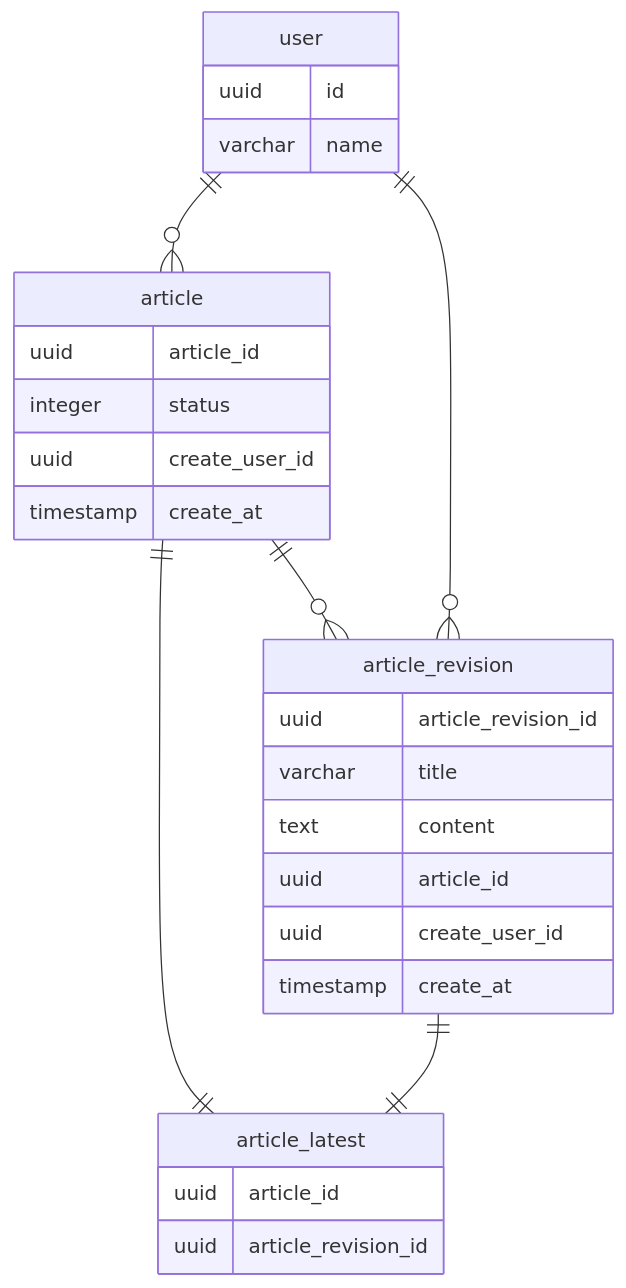
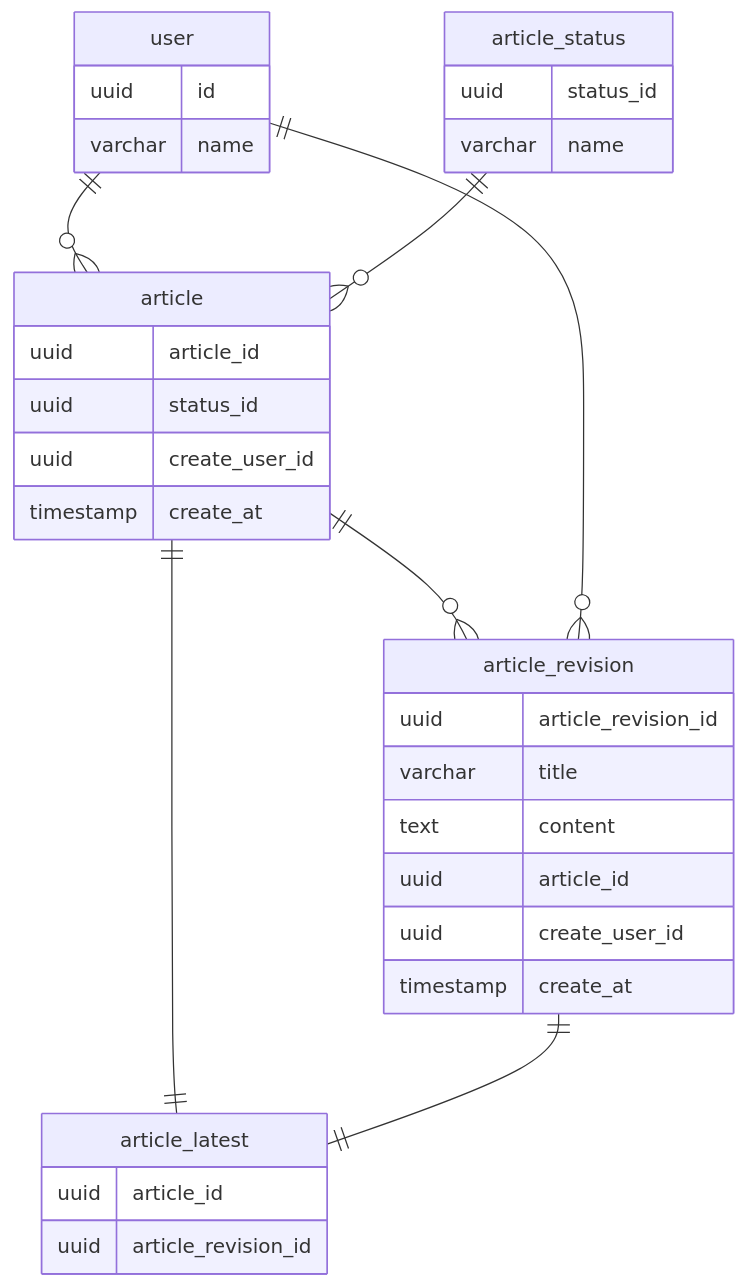
Before and after one commit to nyuusen/praha-challenge: the fourth of 4 diagrams in re: db-modeling/README.md, drawn with Mermaid. The commit also changed other lines of this file, not shown here.

Commit message:
statusテーブルを追加

````diff
--- a/re: db-modeling/README.md
+++ b/re: db-modeling/README.md
@@ -190,35 +191,41 @@
 ```mermaid
 erDiagram
 article ||--o{ article_revision: ""
 user ||--o{ article: ""
+article_status ||--o{ article: ""
 user ||--o{ article_revision: ""
 article ||--|| article_latest: ""
 article_revision ||--|| article_latest: ""
 
 user {
   uuid id
   varchar name
 }
 
+article_status {
+  uuid status_id
+  varchar name
+}
+
 article {
   uuid article_id
-  integer status
+  uuid status_id
   uuid create_user_id
   timestamp create_at
 }
 
 article_latest {
   uuid article_id
   uuid article_revision_id
 }
 
 article_revision {
   uuid article_revision_id
   varchar title
   text content
   uuid article_id
   uuid create_user_id
   timestamp create_at
 }
 
 ```
````
